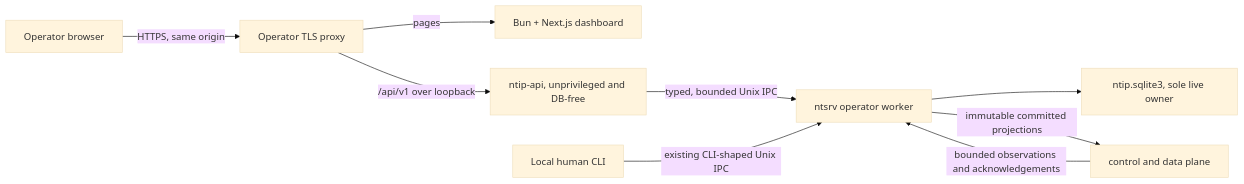
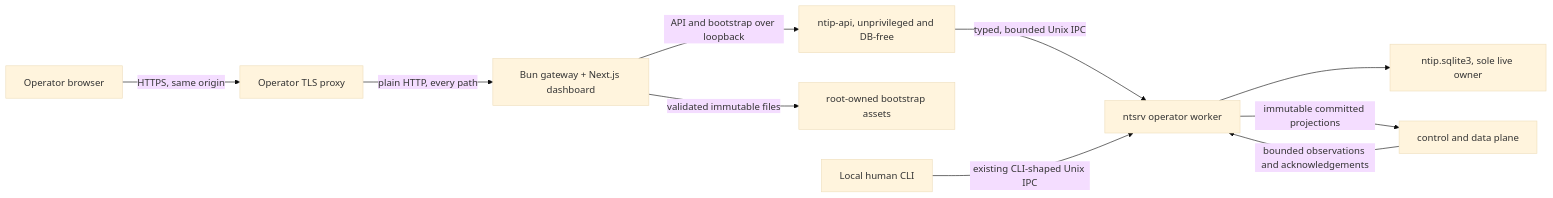
Before and after one commit to nulldoubt/ntip: the first of 2 diagrams in docs/management-plane.md, drawn with Mermaid (base theme). The commit also changed other lines of this file and 34 other files, not shown here.

Commit message:
feat: expose dashboard through bounded HTTP gateway

````diff
--- a/docs/management-plane.md
+++ b/docs/management-plane.md
@@ -18,11 +18,12 @@
 ```mermaid
 flowchart LR
     browser["Operator browser"] -->|"HTTPS, same origin"| proxy["Operator TLS proxy"]
-    proxy -->|"pages"| dashboard["Bun + Next.js dashboard"]
-    proxy -->|"/api/v1 over loopback"| api["ntip-api, unprivileged and DB-free"]
+    proxy -->|"plain HTTP, every path"| dashboard["Bun gateway + Next.js dashboard"]
+    dashboard -->|"API and bootstrap over loopback"| api["ntip-api, unprivileged and DB-free"]
+    dashboard -->|"validated immutable files"| assets["root-owned bootstrap assets"]
     api -->|"typed, bounded Unix IPC"| worker["ntsrv operator worker"]
     cli["Local human CLI"] -->|"existing CLI-shaped Unix IPC"| worker
     worker --> db["ntip.sqlite3, sole live owner"]
     worker -->|"immutable committed projections"| runtime["control and data plane"]
     runtime -->|"bounded observations and acknowledgements"| worker
 ```
````
